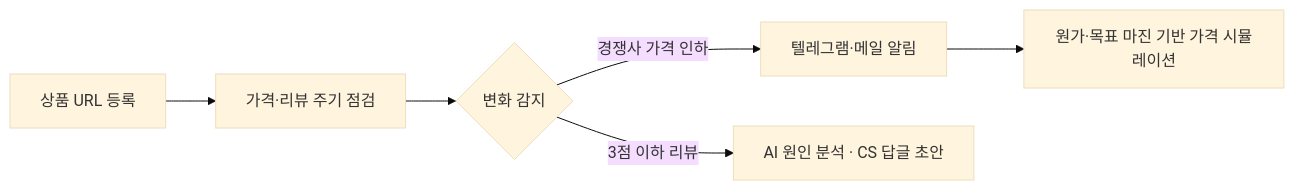
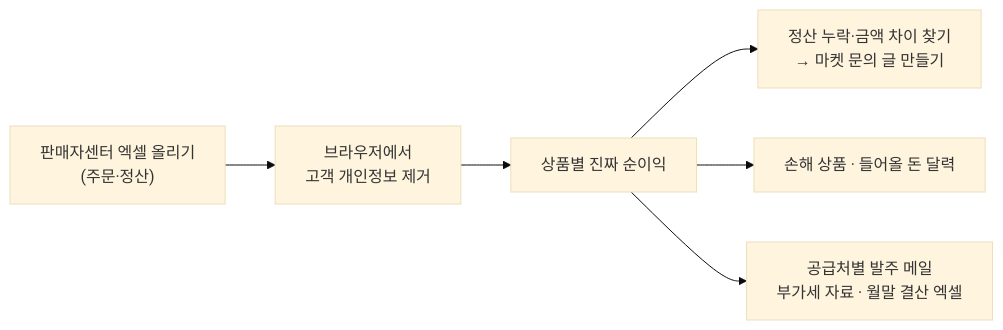
Before and after one commit to SUNWOOKLEE04/SUNWOOKLEE04: the first of 2 diagrams in README.md, drawn with Mermaid (base theme). The commit also changed other lines of this file and 3 other files, not shown here.

````diff
--- a/README.md
+++ b/README.md
@@ -108,8 +108,8 @@
 ```mermaid
 flowchart LR
-  A["상품 URL 등록"] --> B["가격·리뷰 주기 점검"]
-  B --> C{"변화 감지"}
-  C -- "경쟁사 가격 인하" --> D["텔레그램·메일 알림"]
-  C -- "3점 이하 리뷰" --> E["AI 원인 분석 · CS 답글 초안"]
-  D --> F["원가·목표 마진 기반 가격 시뮬레이션"]
+  A["판매자센터 엑셀 올리기<br/>(주문·정산)"] --> B["브라우저에서<br/>고객 개인정보 제거"]
+  B --> C["상품별 진짜 순이익"]
+  C --> D["정산 누락·금액 차이 찾기<br/>→ 마켓 문의 글 만들기"]
+  C --> E["손해 상품 · 들어올 돈 달력"]
+  C --> F["공급처별 발주 메일<br/>부가세 자료 · 월말 결산 엑셀"]
 ```
````
